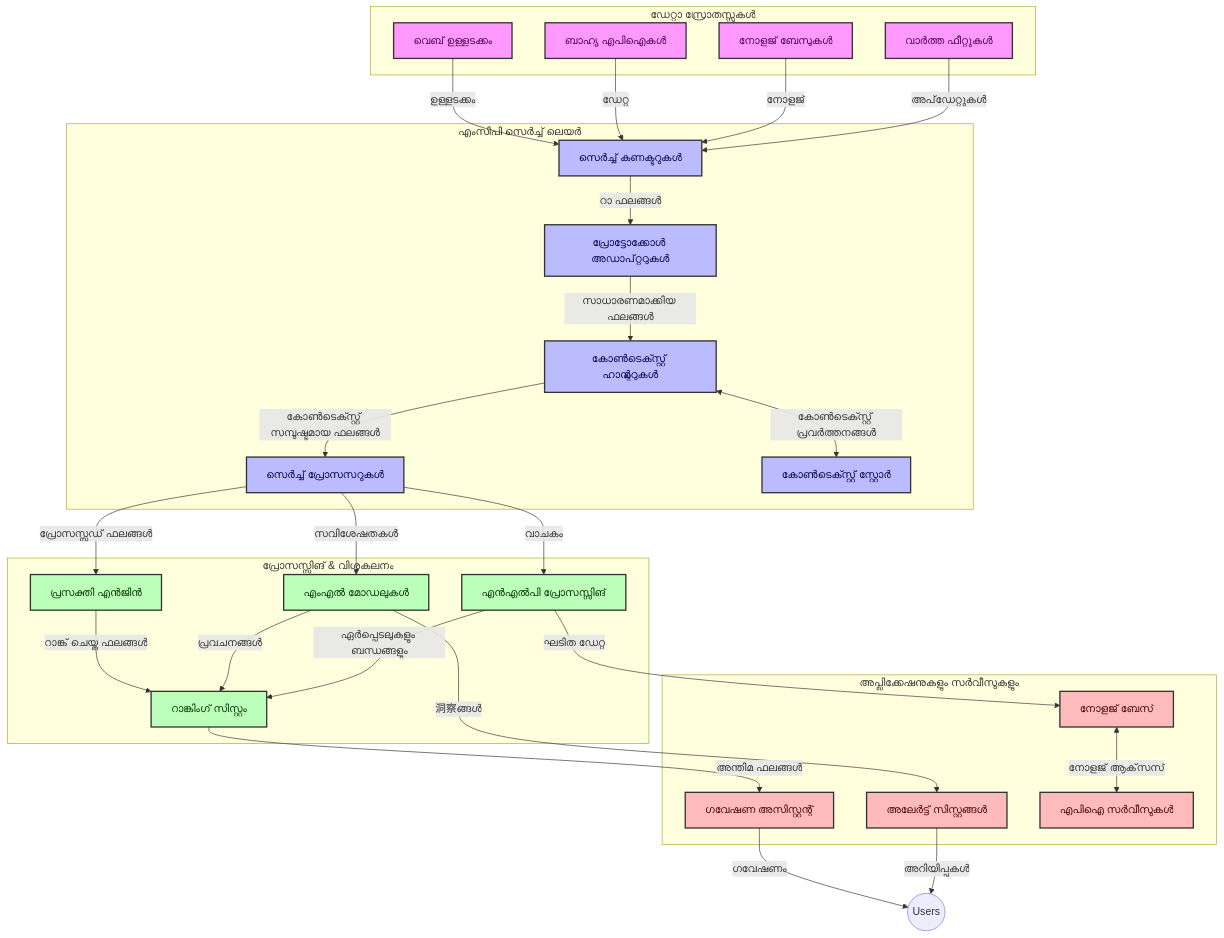
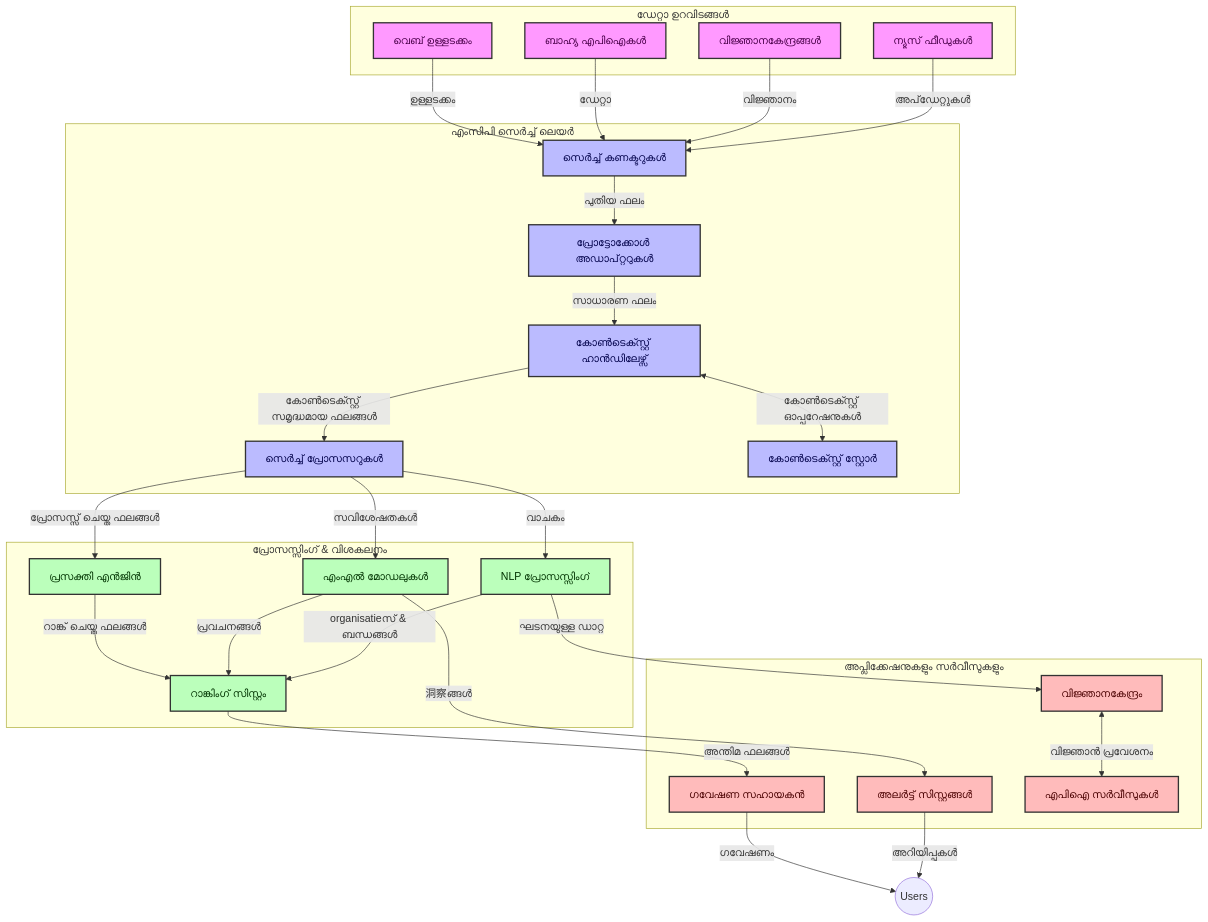
The first of 4 diagrams in translations/ml/05-AdvancedTopics/mcp-realtimesearch/README.md (microsoft/mcp-for-beginners), drawn with Mermaid before and after one commit. The commit also changed other lines of this file and 112 other files, not shown here.

````diff
--- a/translations/ml/05-AdvancedTopics/mcp-realtimesearch/README.md
+++ b/translations/ml/05-AdvancedTopics/mcp-realtimesearch/README.md
@@ -109,66 +109,66 @@
 ```mermaid
 graph TD
-    subgraph "ഡേറ്റാ സ്രോതസ്സുകൾ"
+    subgraph "ഡേറ്റാ ഉറവിടങ്ങൾ"
         Web[വെബ് ഉള്ളടക്കം]
         APIs[ബാഹ്യ എപിഐകൾ]
-        DB[നോളജ് ബേസുകൾ]
-        News[വാർത്ത ഫീറ്റുകൾ]
+        DB[വിജ്ഞാനകേന്ദ്രങ്ങൾ]
+        News[ന്യൂസ് ഫീഡുകൾ]
     end
 
     subgraph "എംസിപി സെർച്ച് ലെയർ"
         SC[സെർച്ച് കണക്ടറുകൾ]
         PA[പ്രോട്ടോക്കോൾ അഡാപ്റ്ററുകൾ]
-        CH[കോൺടെക്സ്റ്റ് ഹാന്റ്ലറുകൾ]
+        CH[കോൺടെക്സ്റ്റ് ഹാൻഡിലേഴ്സ്]
         SP[സെർച്ച് പ്രോസസറുകൾ]
         CS[കോൺടെക്സ്റ്റ് സ്റ്റോർ]
     end
 
-    subgraph "പ്രോസസ്സിങ് & വിശകലനം"
+    subgraph "പ്രോസസ്സിംഗ് & വിശകലനം"
         RE[പ്രസക്തി എൻജിൻ]
         ML[എംഎൽ മോഡലുകൾ]
-        NLP[എൻഎൽപി പ്രോസസ്സിങ്]
+        NLP[NLP പ്രോസസ്സിംഗ്]
         Rank[റാങ്കിംഗ് സിസ്റ്റം]
     end
 
     subgraph "അപ്ലിക്കേഷനുകളും സർവീസുകളും"
-        RA[ഗവേഷണ അസിസ്റ്റന്റ്]
-        Alerts[അലേർട്ട് സിസ്റ്റങ്ങൾ]
-        KB[നോളജ് ബേസ്]
+        RA[ഗവേഷണ സഹായകൻ]
+        Alerts[അലർട്ട് സിസ്റ്റങ്ങൾ]
+        KB[വിജ്ഞാനകേന്ദ്രം]
         API[എപിഐ സർവീസുകൾ]
     end
 
     Web -->|ഉള്ളടക്കം| SC
-    APIs -->|ഡേറ്റ| SC
-    DB -->|നോളജ്| SC
+    APIs -->|ഡേറ്റാ| SC
+    DB -->|വിജ്ഞാനം| SC
     News -->|അപ്‌ഡേറ്റുകൾ| SC
     
-    SC -->|റാ ഫലങ്ങൾ| PA
-    PA -->|സാധാരണമാക്കിയ ഫലങ്ങൾ| CH
-    CH <-->|കോൺടെക്സ്റ്റ് പ്രവർത്തനങ്ങൾ| CS
-    CH -->|കോൺടെക്സ്റ്റ് സമ്പുഷ്ടമായ ഫലങ്ങൾ| SP
-    SP -->|പ്രോസസ്സഡ് ഫലങ്ങൾ| RE
+    SC -->|പുതിയ ഫലം| PA
+    PA -->|സാധാരണ ഫലം| CH
+    CH <-->|കോൺടെക്സ്റ്റ് ഓപ്പറേഷനുകൾ| CS
+    CH -->|കോൺടെക്സ്റ്റ് സമൃദ്ധമായ ഫലങ്ങൾ| SP
+    SP -->|പ്രോസസ്സ് ചെയ്ത ഫലങ്ങൾ| RE
     SP -->|സവിശേഷതകൾ| ML
     SP -->|വാചകം| NLP
     
     RE -->|റാങ്ക് ചെയ്ത ഫലങ്ങൾ| Rank
     ML -->|പ്രവചനങ്ങൾ| Rank
-    NLP -->|ഏർപ്പെടലുകളും ബന്ധങ്ങളും| Rank
+    NLP -->|organisatieസ് & ബന്ധങ്ങൾ| Rank
     
     Rank -->|അന്തിമ ഫലങ്ങൾ| RA
     ML -->|洞察ങ്ങൾ| Alerts
-    NLP -->|ഘടിത ഡേറ്റ| KB
+    NLP -->|ഘടനയുള്ള ഡാറ്റ| KB
     
     RA -->|ഗവേഷണം| Users((Users))
     Alerts -->|അറിയിപ്പുകൾ| Users
-    KB <-->|നോളജ് ആക്‌സസ്| API
+    KB <-->|വിജ്ഞാൻ പ്രവേശനം| API
 
     classDef sources fill:#f9f,stroke:#333,stroke-width:2px,color:#4a004a
     classDef mcp fill:#bbf,stroke:#333,stroke-width:2px,color:#00004a
     classDef processing fill:#bfb,stroke:#333,stroke-width:2px,color:#003300
     classDef apps fill:#fbb,stroke:#333,stroke-width:2px,color:#4a0000
     
     class Web,APIs,DB,News sources
     class SC,PA,CH,SP,CS mcp
     class RE,ML,NLP,Rank processing
     class RA,Alerts,KB,API apps
 ```
````
